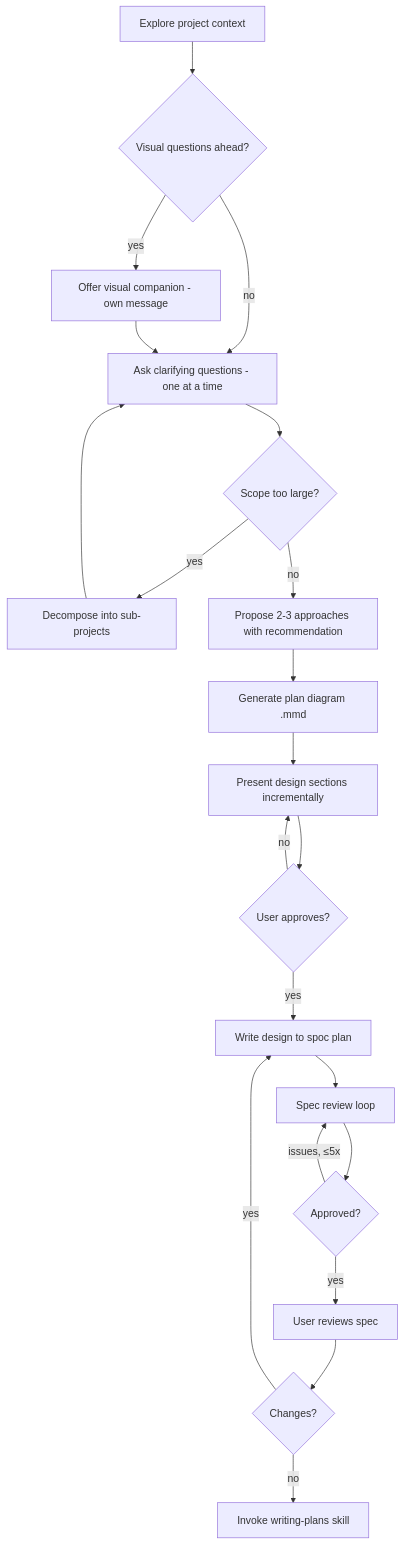
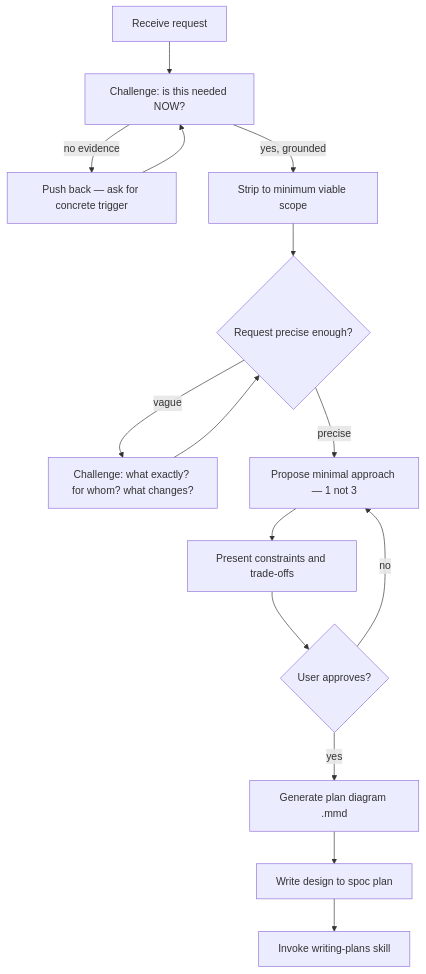
The diagram in opencode/spoc/skills/brainstorming/SKILL.md (rryando/SPOC), drawn with Mermaid before and after one commit. The commit also changed other lines of this file and 21 other files, not shown here.

````diff
--- a/opencode/spoc/skills/brainstorming/SKILL.md
+++ b/opencode/spoc/skills/brainstorming/SKILL.md
@@ -20,23 +26,17 @@
 ```mermaid
 flowchart TD
-    A[Explore project context] --> B{Visual questions ahead?}
-    B -->|yes| C[Offer visual companion - own message]
-    B -->|no| D[Ask clarifying questions - one at a time]
-    C --> D
-    D --> E{Scope too large?}
-    E -->|yes| F[Decompose into sub-projects]
-    F --> D
-    E -->|no| G[Propose 2-3 approaches with recommendation]
-    G --> H[Generate plan diagram .mmd]
-    H --> I[Present design sections incrementally]
-    I --> J{User approves?}
-    J -->|no| I
-    J -->|yes| K[Write design to spoc plan]
-    K --> L[Spec review loop]
-    L --> M{Approved?}
-    M -->|issues, ≤5x| L
-    M -->|yes| N[User reviews spec]
-    N --> O{Changes?}
-    O -->|yes| K
-    O -->|no| P[Invoke writing-plans skill]
+    A[Receive request] --> B[Challenge: is this needed NOW?]
+    B -->|no evidence| C[Push back — ask for concrete trigger]
+    B -->|yes, grounded| D[Strip to minimum viable scope]
+    C --> B
+    D --> E{Request precise enough?}
+    E -->|vague| F[Challenge: what exactly? for whom? what changes?]
+    E -->|precise| G[Propose minimal approach — 1 not 3]
+    F --> E
+    G --> H[Present constraints and trade-offs]
+    H --> I{User approves?}
+    I -->|no| G
+    I -->|yes| J[Generate plan diagram .mmd]
+    J --> K[Write design to spoc plan]
+    K --> L[Invoke writing-plans skill]
 ```
````
